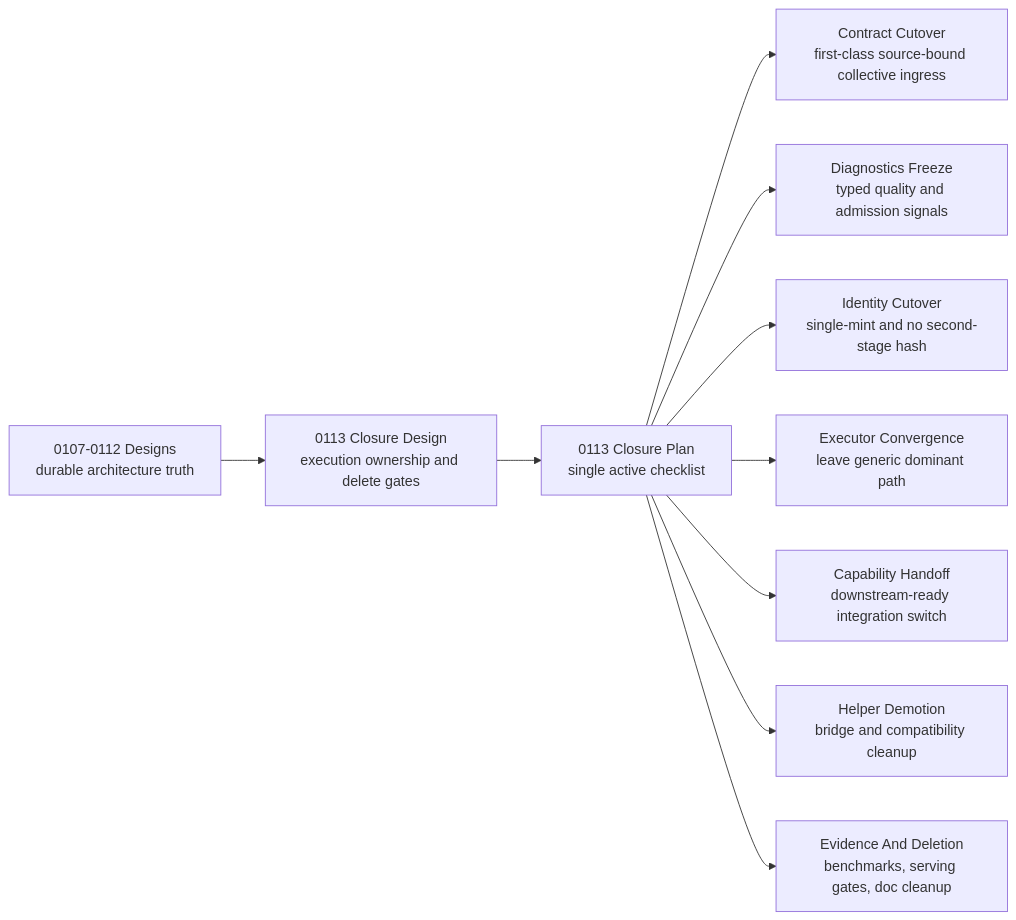
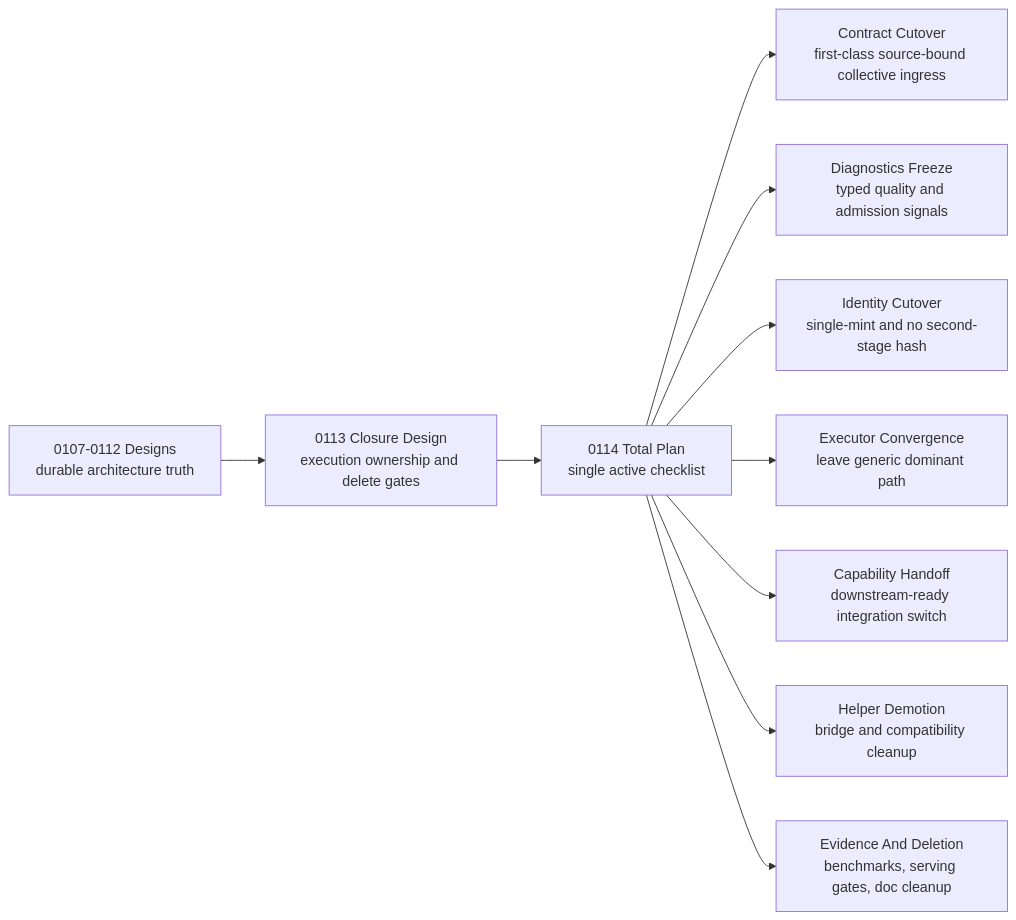
Before and after one commit to tensorcast-ai/tensorcast: the diagram in docs/designs/0113-step3p5-closure-and-sot-convergence.md, drawn with Mermaid. The commit also changed other lines of this file and 36 other files, not shown here.

````diff
--- a/docs/designs/0113-step3p5-closure-and-sot-convergence.md
+++ b/docs/designs/0113-step3p5-closure-and-sot-convergence.md
@@ -77,12 +83,12 @@
 ```mermaid
 flowchart LR
   A["0107-0112 Designs<br>durable architecture truth"] --> B["0113 Closure Design<br>execution ownership and delete gates"]
-  B --> C["0113 Closure Plan<br>single active checklist"]
+  B --> C["0114 Total Plan<br>single active checklist"]
   C --> D["Contract Cutover<br>first-class source-bound collective ingress"]
   C --> E["Diagnostics Freeze<br>typed quality and admission signals"]
   C --> F["Identity Cutover<br>single-mint and no second-stage hash"]
   C --> G["Executor Convergence<br>leave generic dominant path"]
   C --> H["Capability Handoff<br>downstream-ready integration switch"]
   C --> I["Helper Demotion<br>bridge and compatibility cleanup"]
   C --> J["Evidence And Deletion<br>benchmarks, serving gates, doc cleanup"]
 ```
````
